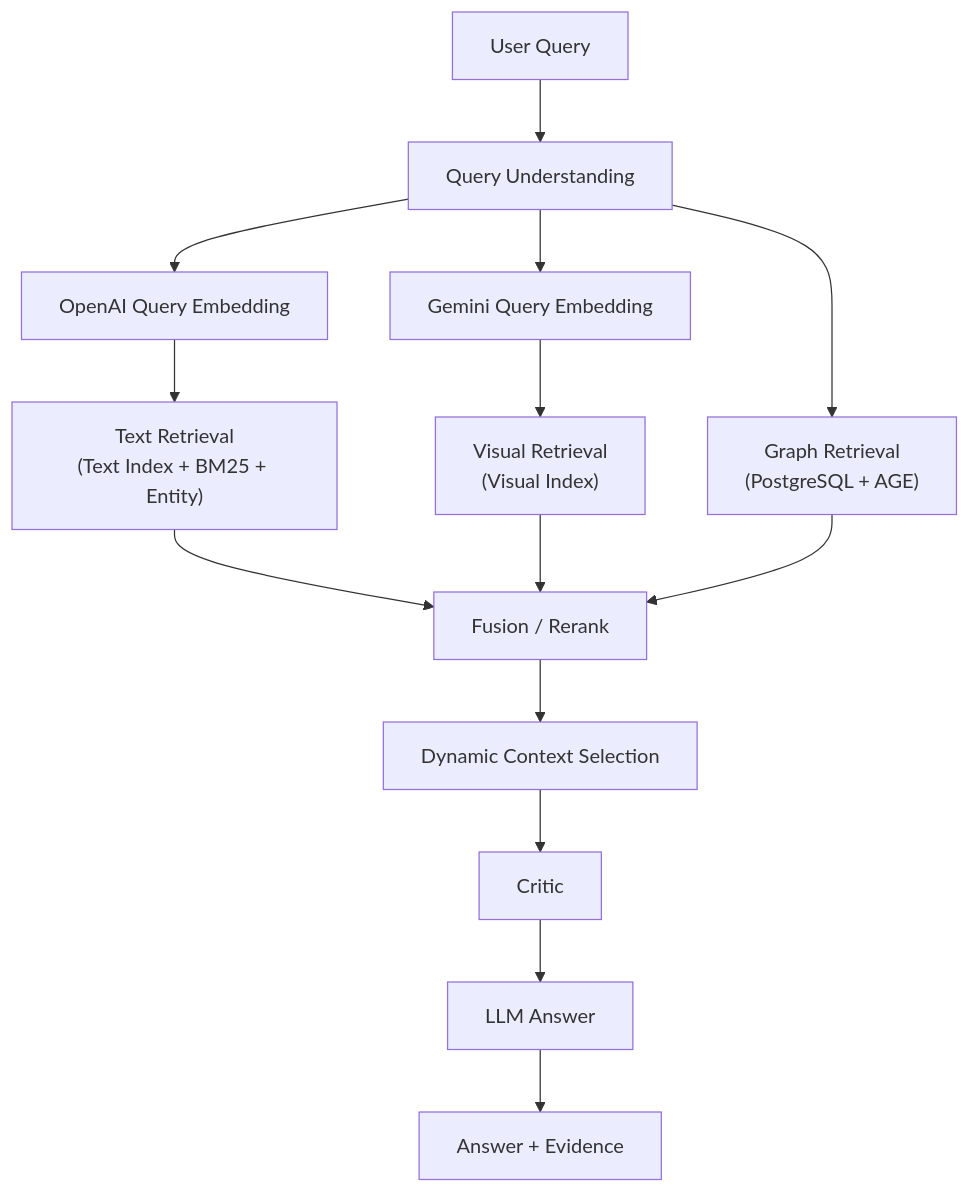
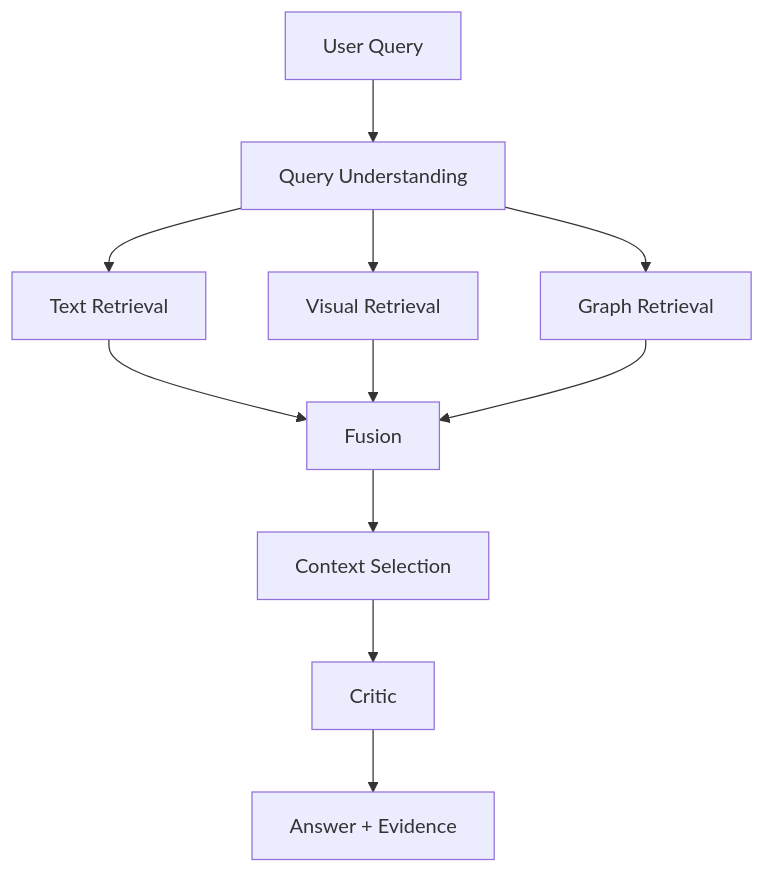
Before and after one commit to tiand23/AIKnowledgeBaseNew: the fourth of 9 diagrams in README_en.md, drawn with Mermaid. The commit also changed other lines of this file and 2 other files, not shown here.

````diff
--- a/README_en.md
+++ b/README_en.md
@@ -158,36 +201,23 @@
 ```mermaid
 flowchart TD
     Q["User Query"]
     QU["Query Understanding"]
-
-    OQ["OpenAI Query Embedding"]
-    GQ["Gemini Query Embedding"]
-
-    TR["Text Retrieval\n(Text Index + BM25 + Entity)"]
-    VR["Visual Retrieval\n(Visual Index)"]
-    GR["Graph Retrieval\n(PostgreSQL + AGE)"]
-
-    FU["Fusion / Rerank"]
-    DC["Dynamic Context Selection"]
+    TR["Text Retrieval"]
+    VR["Visual Retrieval"]
+    GR["Graph Retrieval"]
+    FU["Fusion"]
+    DC["Context Selection"]
     CR["Critic"]
-    LLM2["LLM Answer"]
-    EV["Answer + Evidence"]
+    ANS["Answer + Evidence"]
 
     Q --> QU
-
-    QU --> OQ
-    QU --> GQ
+    QU --> TR
+    QU --> VR
     QU --> GR
-
-    OQ --> TR
-    GQ --> VR
-
     TR --> FU
     VR --> FU
     GR --> FU
-
     FU --> DC
     DC --> CR
-    CR --> LLM2
-    LLM2 --> EV
+    CR --> ANS
 ```
````
